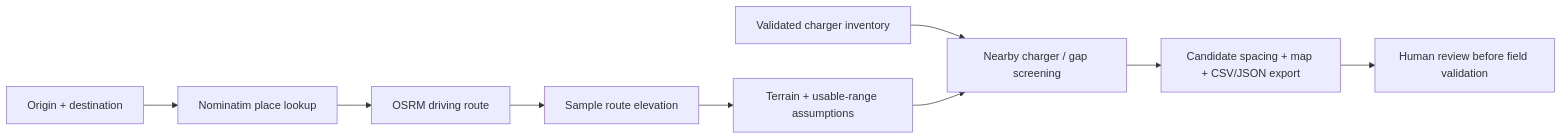
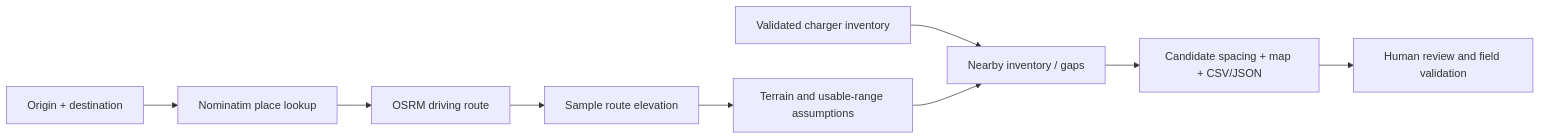
The second of 2 diagrams in readme.md (AnshXGrind/ev-proje), drawn with Mermaid before and after one commit. The commit also changed other lines of this file, not shown here.

Commit message:
docs: improve GRIDPULSE README flow and fresh-clone guidance

````diff
--- a/readme.md
+++ b/readme.md
@@ -42,11 +42,11 @@
 ```mermaid
 flowchart LR
     A["Origin + destination"] --> B["Nominatim place lookup"]
     B --> C["OSRM driving route"]
     C --> D["Sample route elevation"]
-    D --> E["Terrain + usable-range assumptions"]
-    F["Validated charger inventory"] --> G["Nearby charger / gap screening"]
+    D --> E["Terrain and usable-range assumptions"]
+    F["Validated charger inventory"] --> G["Nearby inventory / gaps"]
     E --> G
-    G --> H["Candidate spacing + map + CSV/JSON export"]
-    H --> I["Human review before field validation"]
+    G --> H["Candidate spacing + map + CSV/JSON"]
+    H --> I["Human review and field validation"]
 ```
````
